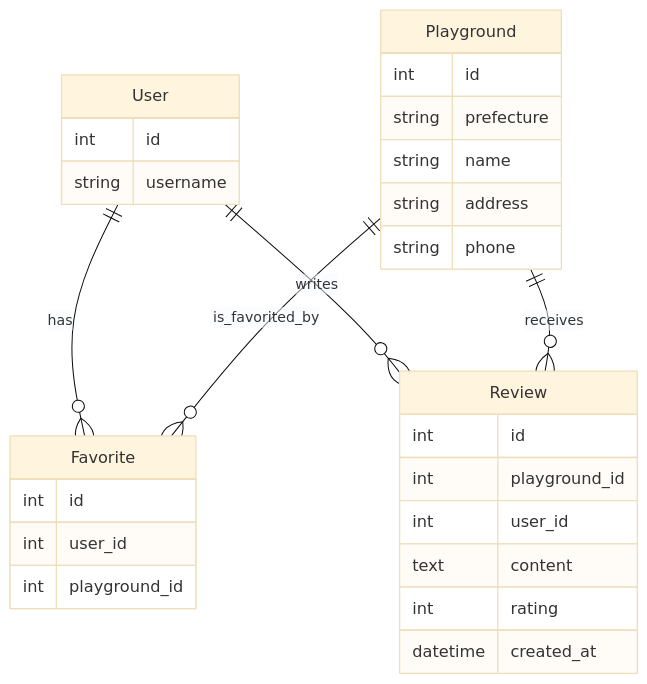
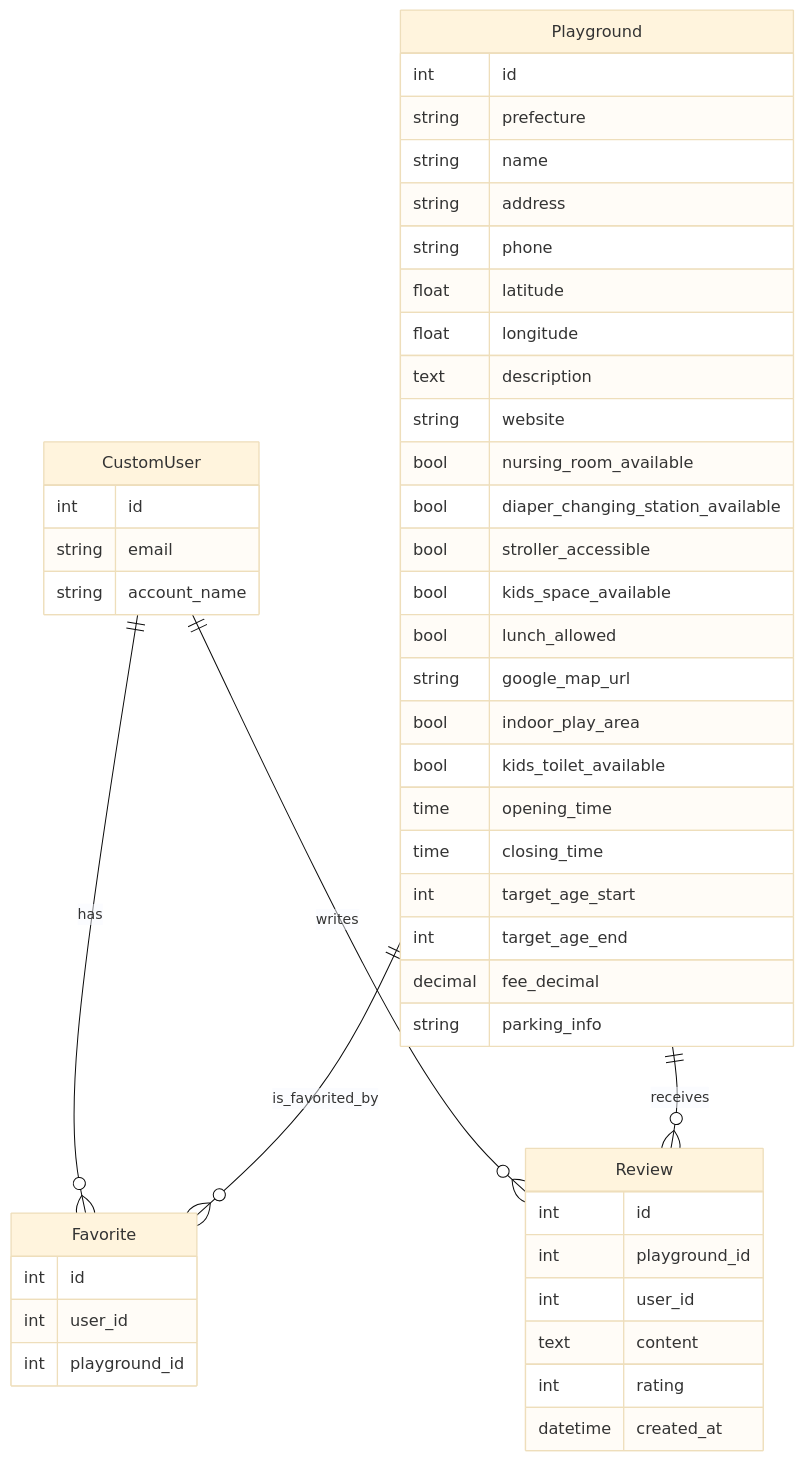
The diagram in docs/db_design.md (jam006097/kids-playground), drawn with Mermaid (base theme) before and after one commit. The commit also changed other lines of this file and 5 other files, not shown here.

````diff
--- a/docs/db_design.md
+++ b/docs/db_design.md
@@ -4,32 +4,51 @@
 ```mermaid
 erDiagram
-    User ||--o{ Favorite : has
-    User ||--o{ Review : writes
+    CustomUser ||--o{ Favorite : has
+    CustomUser ||--o{ Review : writes
     Playground ||--o{ Favorite : is_favorited_by
     Playground ||--o{ Review : receives
 
-    User {
+    CustomUser {
         int id
-        string username
+        string email
+        string account_name
     }
     Playground {
         int id
         string prefecture
         string name
         string address
         string phone
+        float latitude
+        float longitude
+        text description
+        string website
+        bool nursing_room_available
+        bool diaper_changing_station_available
+        bool stroller_accessible
+        bool kids_space_available
+        bool lunch_allowed
+        string google_map_url
+        bool indoor_play_area
+        bool kids_toilet_available
+        time opening_time
+        time closing_time
+        int target_age_start
+        int target_age_end
+        decimal fee_decimal
+        string parking_info
     }
     Favorite {
         int id
         int user_id
         int playground_id
     }
     Review {
         int id
         int playground_id
         int user_id
         text content
         int rating
         datetime created_at
     }
 ```
````
